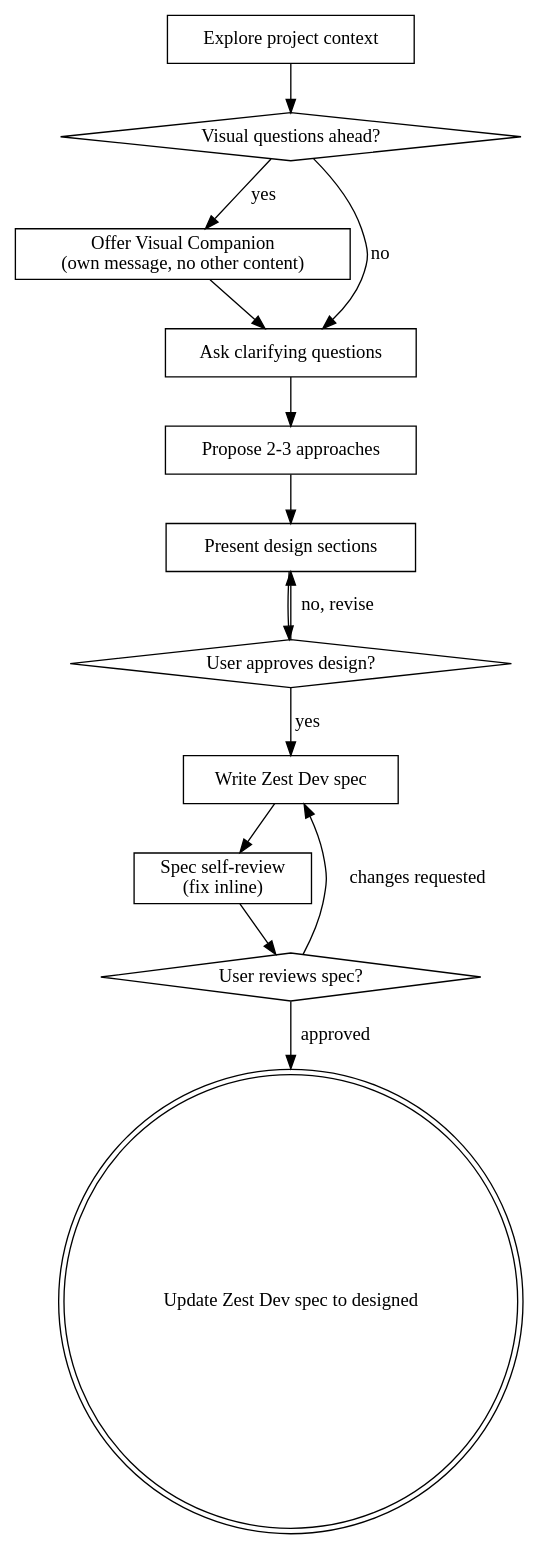
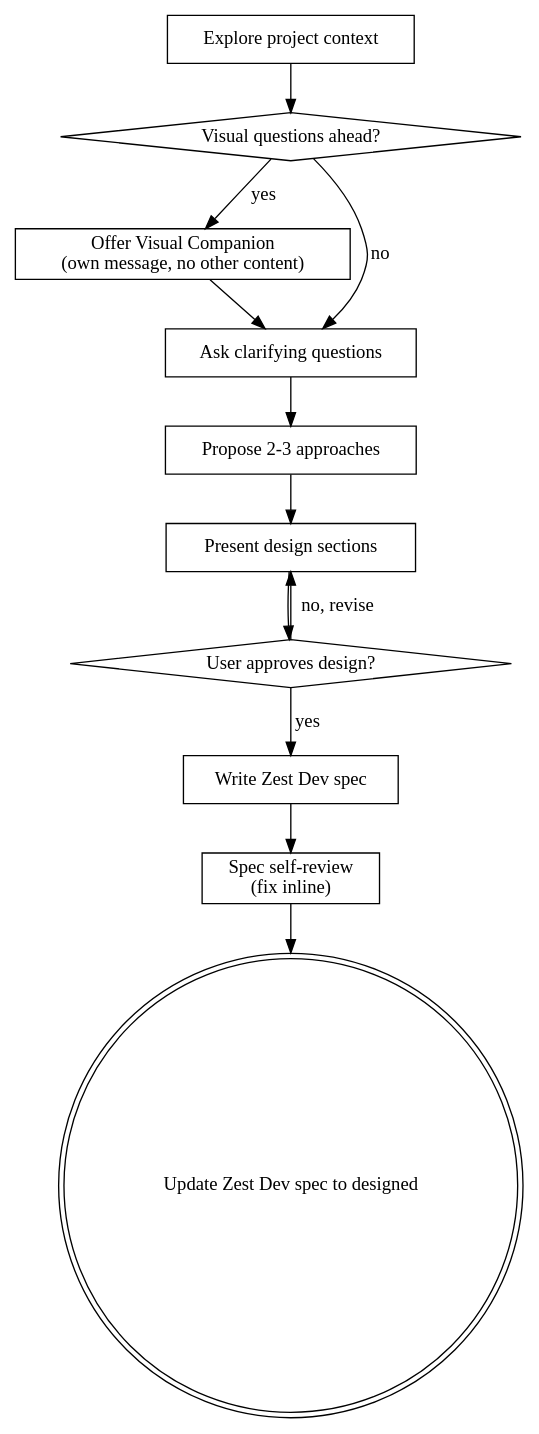
Before and after one commit to nettee/zest-dev: the diagram in skills/brainstorming/SKILL.md, drawn with Graphviz. The commit also changed other lines of this file, not shown here.

````diff
--- a/skills/brainstorming/SKILL.md
+++ b/skills/brainstorming/SKILL.md
@@ -36,29 +35,26 @@
 ```dot
 digraph brainstorming {
     "Explore project context" [shape=box];
     "Visual questions ahead?" [shape=diamond];
     "Offer Visual Companion\n(own message, no other content)" [shape=box];
     "Ask clarifying questions" [shape=box];
     "Propose 2-3 approaches" [shape=box];
     "Present design sections" [shape=box];
     "User approves design?" [shape=diamond];
     "Write Zest Dev spec" [shape=box];
     "Spec self-review\n(fix inline)" [shape=box];
-    "User reviews spec?" [shape=diamond];
     "Update Zest Dev spec to designed" [shape=doublecircle];
 
     "Explore project context" -> "Visual questions ahead?";
     "Visual questions ahead?" -> "Offer Visual Companion\n(own message, no other content)" [label="yes"];
     "Visual questions ahead?" -> "Ask clarifying questions" [label="no"];
     "Offer Visual Companion\n(own message, no other content)" -> "Ask clarifying questions";
     "Ask clarifying questions" -> "Propose 2-3 approaches";
     "Propose 2-3 approaches" -> "Present design sections";
     "Present design sections" -> "User approves design?";
     "User approves design?" -> "Present design sections" [label="no, revise"];
     "User approves design?" -> "Write Zest Dev spec" [label="yes"];
     "Write Zest Dev spec" -> "Spec self-review\n(fix inline)";
-    "Spec self-review\n(fix inline)" -> "User reviews spec?";
-    "User reviews spec?" -> "Write Zest Dev spec" [label="changes requested"];
-    "User reviews spec?" -> "Update Zest Dev spec to designed" [label="approved"];
+    "Spec self-review\n(fix inline)" -> "Update Zest Dev spec to designed";
 }
 ```
````
